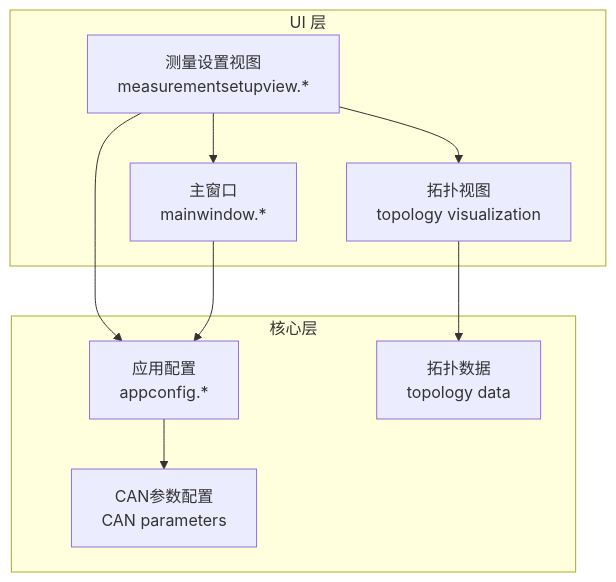
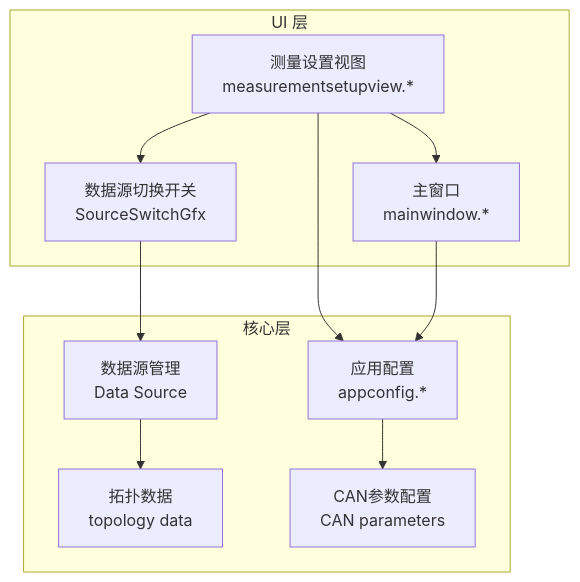
Before and after one commit to jakecai1225-design/OpenBus: the first of 9 diagrams in .qoder/repowiki/zh/content/架构设计/UI系统设计/测量设置视图组件.md, drawn with Mermaid. The commit also changed other lines of this file and 16 other files, not shown here.

````diff
--- a/.qoder/repowiki/zh/content/架构设计/UI系统设计/测量设置视图组件.md
+++ b/.qoder/repowiki/zh/content/架构设计/UI系统设计/测量设置视图组件.md
@@ -43,19 +46,21 @@
 ```mermaid
 graph TB
 subgraph "UI 层"
 MSV["测量设置视图<br/>measurementsetupview.*"]
 MW["主窗口<br/>mainwindow.*"]
-TV["拓扑视图<br/>topology visualization"]
+SSG["数据源切换开关<br/>SourceSwitchGfx"]
 end
 subgraph "核心层"
 AC["应用配置<br/>appconfig.*"]
 TD["拓扑数据<br/>topology data"]
 CP["CAN参数配置<br/>CAN parameters"]
+DS["数据源管理<br/>Data Source"]
 end
 MSV --> MW
 MSV --> AC
-MSV --> TV
-TV --> TD
+MSV --> SSG
+SSG --> DS
 MW --> AC
 AC --> CP
+DS --> TD
 ```
````
